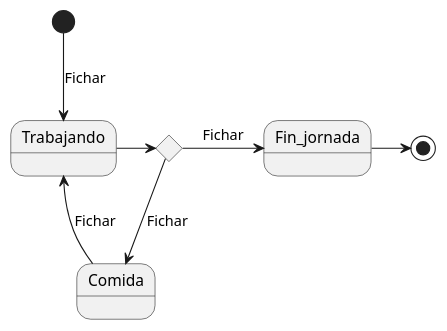
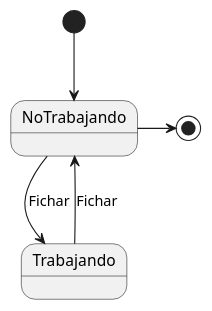
The diagram in modelosUML/diagramaEstados.puml (mmasias/23-24-IdSw1-SDR), drawn with PlantUML before and after one commit.

Commit message:
se ha arreglado el diagrama de estados

```diff
--- a/modelosUML/diagramaEstados.puml
+++ b/modelosUML/diagramaEstados.puml
@@ -1,21 +1,17 @@
 @startuml
 state Trabajando
-state Comida
-state Fin_jornada
+state NoTrabajando
 
-[*] -->  Trabajando : Fichar
+[*] -->  NoTrabajando
 
 
-state Decision <<choice>>
+NoTrabajando -r-> Trabajando : Fichar
 
-Trabajando -r-> Decision 
+Trabajando -d-> NoTrabajando : Fichar
 
-Decision -d-> Comida : Fichar
+NoTrabajando -r-> [*]
 
-Decision -r-> Fin_jornada : Fichar
 
-Fin_jornada -r-> [*]
 
-Comida -r-> Trabajando : Fichar
 
 @enduml
```
